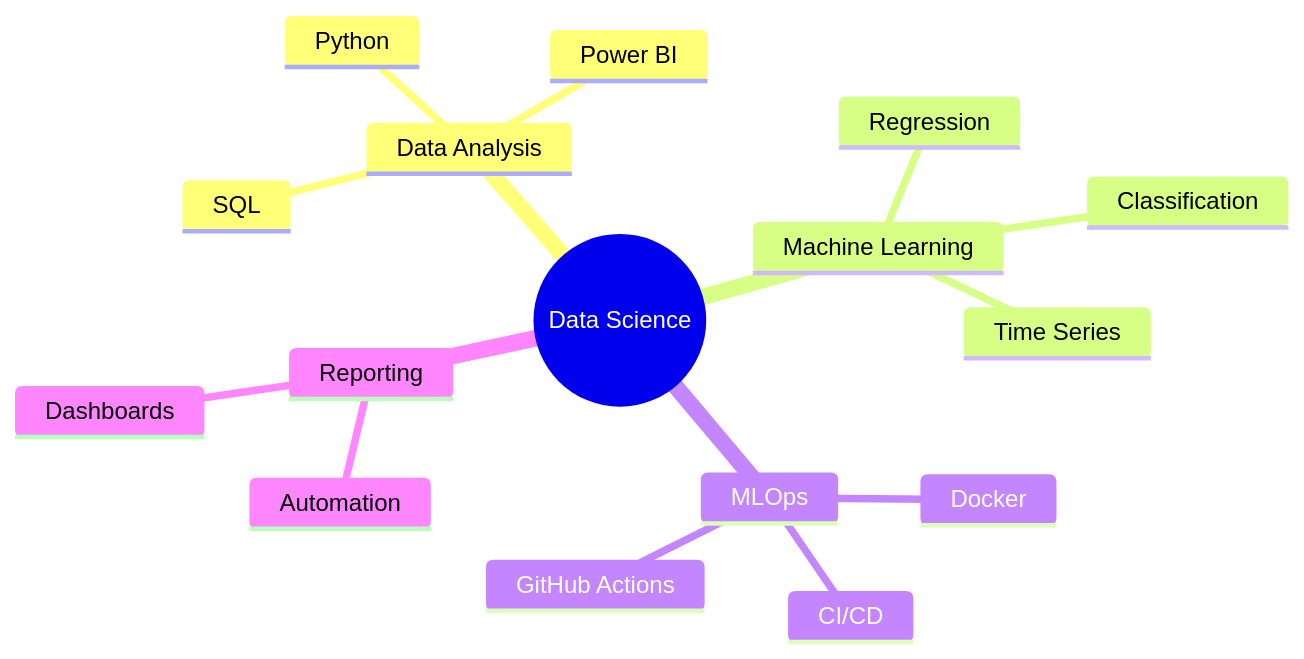
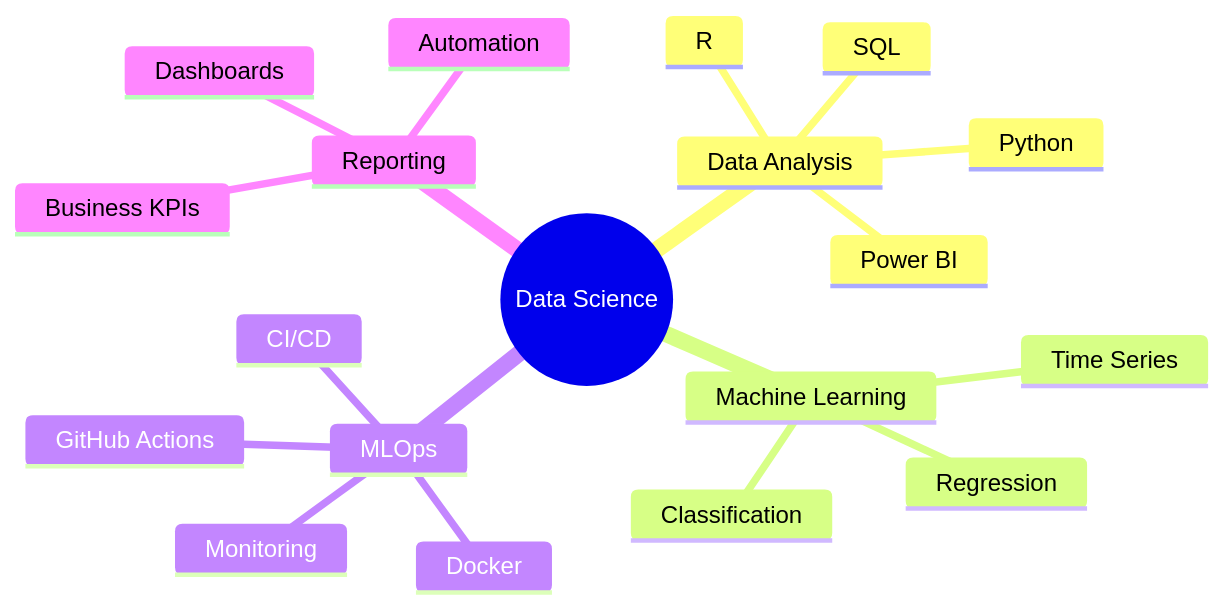
One commit to bileisaac/bileisaac changed the second of 3 diagrams in README.md. Above: the diagram before and after it, drawn with Mermaid. The commit also changed other lines of this file, not shown here.

````diff
--- a/README.md
+++ b/README.md
@@ -76,19 +106,22 @@
 ```mermaid
 mindmap
   root((Data Science))
     Data Analysis
       SQL
       Power BI
       Python
+      R
     Machine Learning
       Regression
       Classification
       Time Series
     MLOps
       Docker
       CI/CD
       GitHub Actions
+      Monitoring
     Reporting
       Automation
       Dashboards
+      Business KPIs
 ```
````
